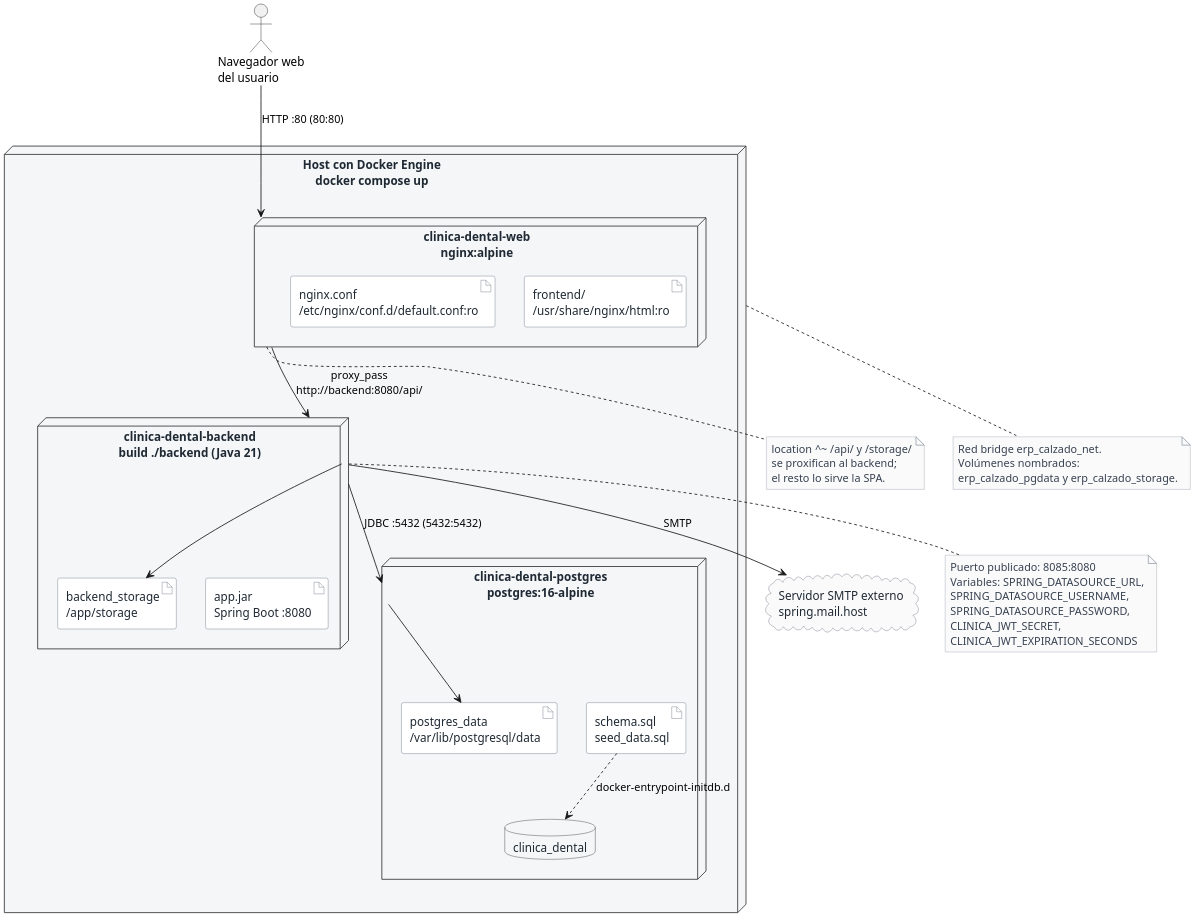
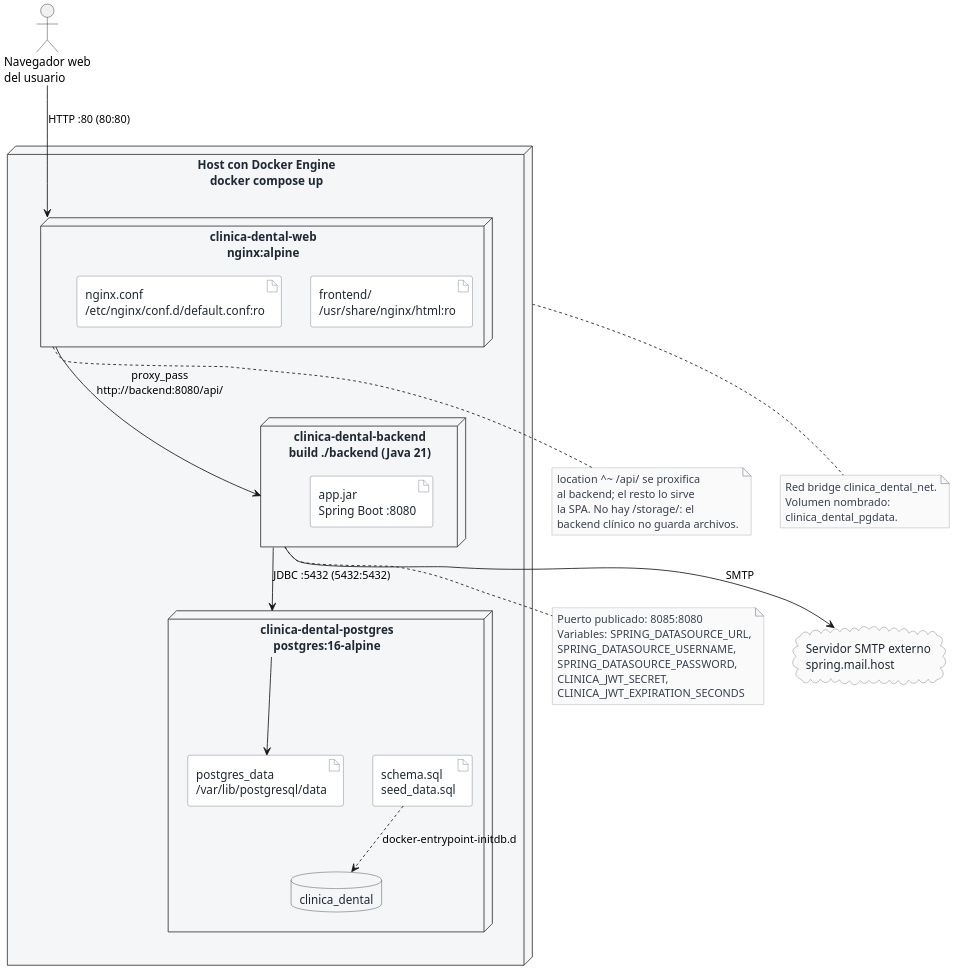
Before and after one commit to jpedrozac4-wq/clinicadental: the diagram in docs/uml/13-despliegue.puml, drawn with PlantUML. The commit also changed 2 other files, not shown here.

Commit message:
docs(uml+documento): alinear el despliegue con la infraestructura clinica
El diagrama de despliegue seguia declarando erp_calzado_net,
erp_calzado_pgdata, erp_calzado_storage y una location /storage/ que el
barrido de infraestructura (780a753) ya habia eliminado. S12 exige que
cada diagrama corresponda al codigo entregado, y el .docx se habia
generado antes de ese barrido, asi que el entregable arrastraba el error.

- 13-despliegue.puml: red clinica_dental_net, volumen clinica_dental_pgdata,
  sin artefacto de storage y sin location /storage/ en la nota de nginx.
- 13-despliegue.png re-renderizado con el JAR de PlantUML.
- docs/Analisis Clinica Dental.docx regenerado: 245 parrafos, 4 tablas,
  13 figuras, todas dentro de los margenes (max 5.80 x 7.40 in).

Spec: odd/tasks/clinica-dental.md, S12, S16

```diff
--- a/docs/uml/13-despliegue.puml
+++ b/docs/uml/13-despliegue.puml
@@ -1,83 +1,82 @@
 @startuml 13-despliegue
 skinparam backgroundColor #FFFFFF
 skinparam shadowing false
 skinparam defaultFontName "Times New Roman"
 skinparam dpi 200
 skinparam node {
   BackgroundColor #F4F6F8
   BorderColor #333333
   FontColor #1F2933
 }
 skinparam artifact {
   BackgroundColor #FFFFFF
   BorderColor #6B7280
   FontColor #1F2933
 }
 skinparam database {
   BackgroundColor #F4F6F8
   BorderColor #333333
   FontColor #1F2933
 }
 skinparam cloud {
   BackgroundColor #FAFAFA
   BorderColor #6B7280
   FontColor #1F2933
 }
 skinparam note {
   BackgroundColor #FAFAFA
   BorderColor #9CA3AF
   FontColor #374151
 }
 
 actor "Navegador web\ndel usuario" as BROWSER
 
 node "Host con Docker Engine\ndocker compose up" as HOST {
   node "clinica-dental-web\nnginx:alpine" as WEB {
     artifact "frontend/\n/usr/share/nginx/html:ro" as STATIC
     artifact "nginx.conf\n/etc/nginx/conf.d/default.conf:ro" as CONF
   }
 
   node "clinica-dental-backend\nbuild ./backend (Java 21)" as APP {
     artifact "app.jar\nSpring Boot :8080" as JAR
-    artifact "backend_storage\n/app/storage" as STORAGE
   }
 
   node "clinica-dental-postgres\npostgres:16-alpine" as PG {
     database "clinica_dental" as DB
     artifact "schema.sql\nseed_data.sql" as INIT
     artifact "postgres_data\n/var/lib/postgresql/data" as PGDATA
   }
 }
 
 cloud "Servidor SMTP externo\nspring.mail.host" as SMTP
 
 BROWSER --> WEB : HTTP :80 (80:80)
 WEB --> APP : proxy_pass\nhttp://backend:8080/api/
 APP --> PG : JDBC :5432 (5432:5432)
 APP --> SMTP : SMTP
-APP --> STORAGE
 PG --> PGDATA
 INIT ..> DB : docker-entrypoint-initdb.d
 
 note bottom of APP
   Puerto publicado: 8085:8080
   Variables: SPRING_DATASOURCE_URL,
   SPRING_DATASOURCE_USERNAME,
   SPRING_DATASOURCE_PASSWORD,
   CLINICA_JWT_SECRET,
   CLINICA_JWT_EXPIRATION_SECONDS
 end note
 
 note bottom of WEB
-  location ^~ /api/ y /storage/
-  se proxifican al backend;
-  el resto lo sirve la SPA.
+  location ^~ /api/ se proxifica
+  al backend; el resto lo sirve
+  la SPA. No hay /storage/: el
+  backend clínico no guarda archivos.
 end note
 
 note bottom of HOST
-  Red bridge erp_calzado_net.
-  Volúmenes nombrados:
-  erp_calzado_pgdata y erp_calzado_storage.
+  Red bridge clinica_dental_net.
+  Volumen nombrado:
+  clinica_dental_pgdata.
 end note
 
 @enduml
```
